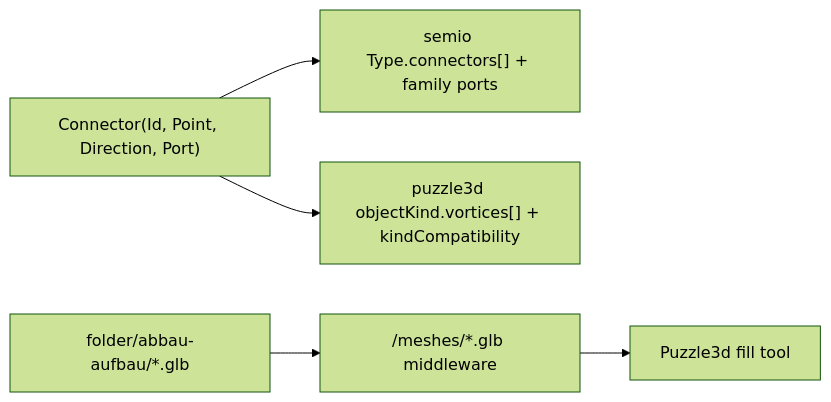
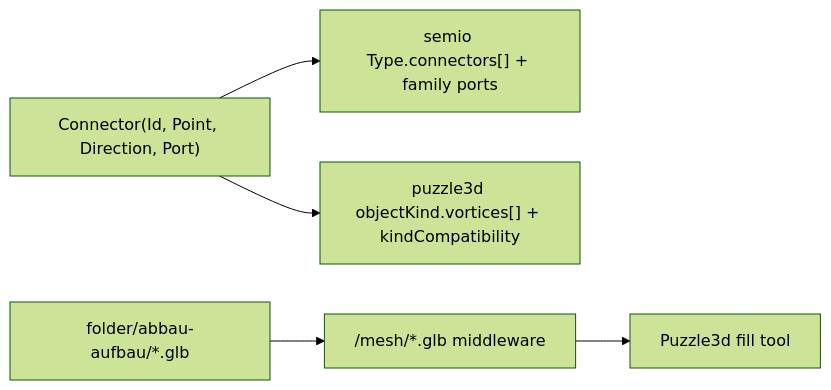
One commit to usalu/semio changed the diagram in .cursor/plans/concrete_forest_kit_fixture_ffc7e30d.plan.md. Above: the diagram before and after it, drawn with Mermaid (forest theme). The commit also changed other lines of this file and 3878 other files, not shown here.

````diff
--- a/.cursor/plans/concrete_forest_kit_fixture_ffc7e30d.plan.md
+++ b/.cursor/plans/concrete_forest_kit_fixture_ffc7e30d.plan.md
@@ -43,7 +43,7 @@
 ```mermaid
 flowchart LR
   conn["Connector(Id, Point, Direction, Port)"] --> semio["semio Type.connectors[] + family ports"]
   conn --> p3d["puzzle3d objectKind.vortices[] + kindCompatibility"]
-  glb["folder/abbau-aufbau/*.glb"] --> mesh["/meshes/*.glb middleware"]
+  glb["folder/abbau-aufbau/*.glb"] --> mesh["/mesh/*.glb middleware"]
   mesh --> fill["Puzzle3d fill tool"]
 ```
````
